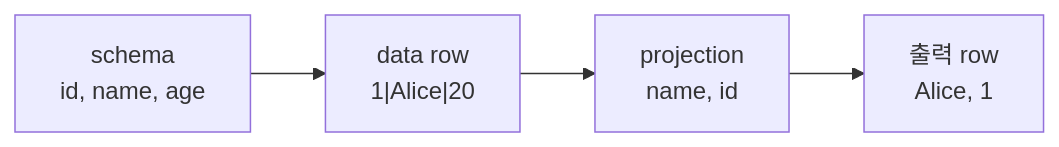
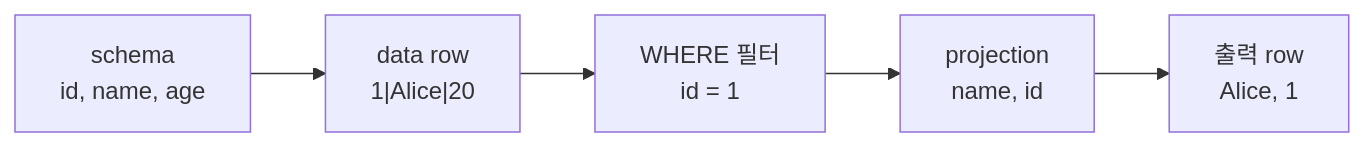
Before and after one commit to whiskend/sql-parser-engine: the ninth of 14 diagrams in README.md, drawn with Mermaid. The commit also changed other lines of this file and 16 other files, not shown here.

````diff
--- a/README.md
+++ b/README.md
@@ -241,6 +244,7 @@
 ```mermaid
 flowchart LR
     A["schema<br/>id, name, age"] --> B["data row<br/>1|Alice|20"]
-    B --> C["projection<br/>name, id"]
-    C --> D["출력 row<br/>Alice, 1"]
+    B --> C["WHERE 필터<br/>id = 1"]
+    C --> D["projection<br/>name, id"]
+    D --> E["출력 row<br/>Alice, 1"]
 ```
````
